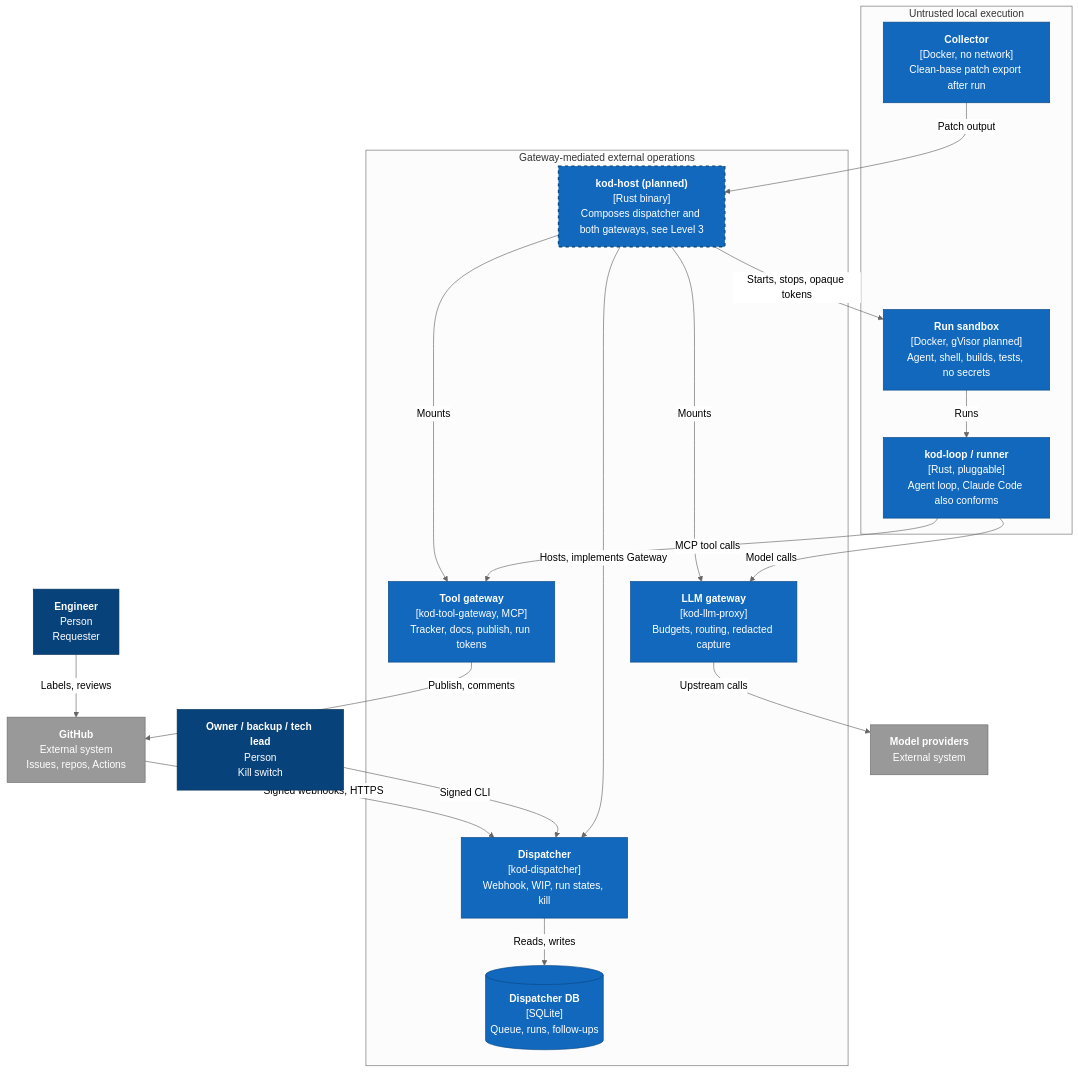
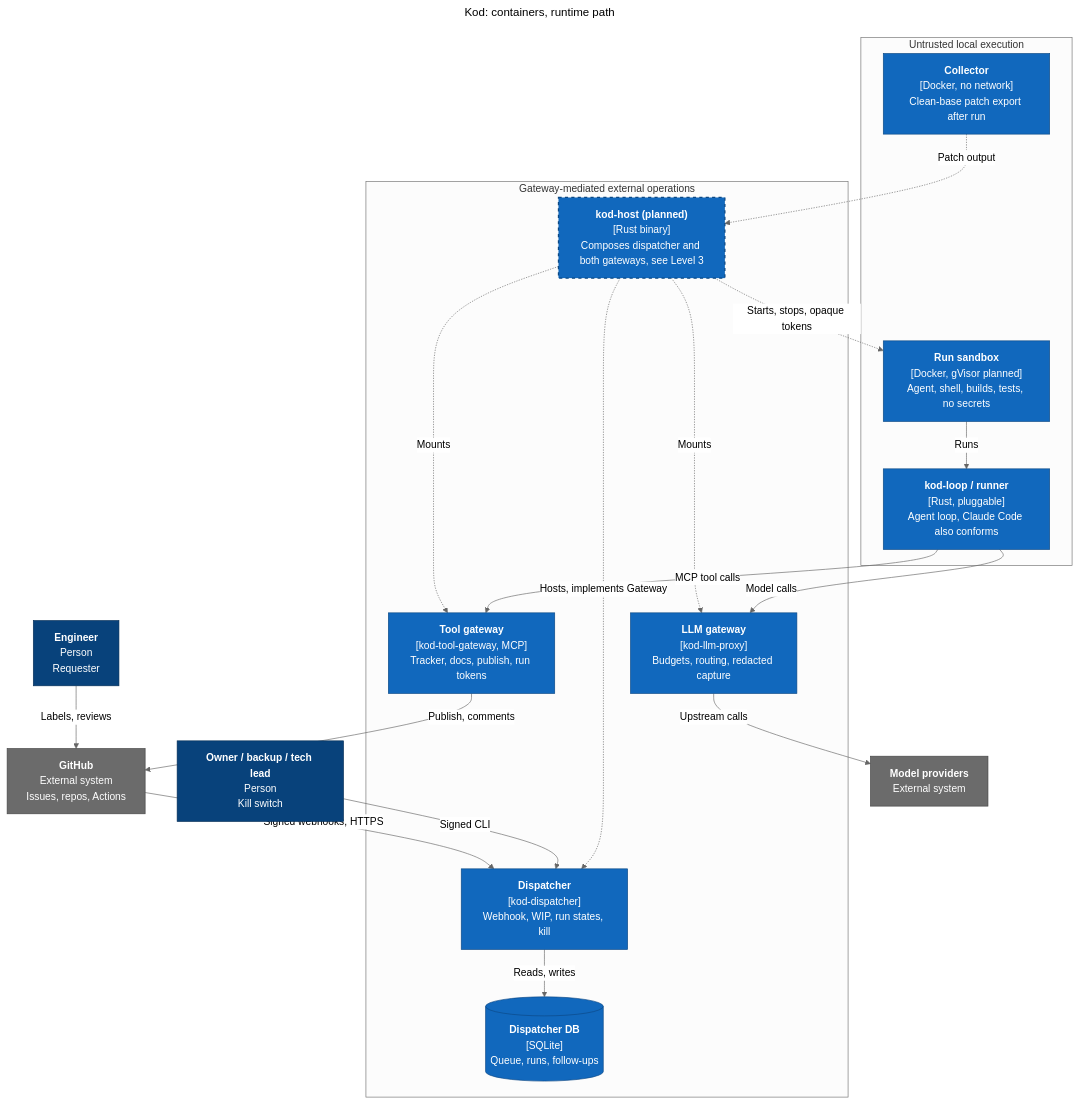
The second of 4 diagrams in docs/architecture.md (kiennt23/kod), drawn with Mermaid (neutral theme) before and after one commit. The commit also changed other lines of this file and 1 other file, not shown here.

Commit message:
docs: fix C4 diagram review findings (zones, labels, titles, planned edges, contrast)

````diff
--- a/docs/architecture.md
+++ b/docs/architecture.md
@@ -50,47 +51,49 @@
 ```mermaid
+---
+title: "Kod: containers, runtime path"
+---
 flowchart TB
   eng["<b>Engineer</b><br/>Person<br/>Requester"]
   kill["<b>Owner / backup / tech lead</b><br/>Person<br/>Kill switch"]
   gh["<b>GitHub</b><br/>External system<br/>Issues, repos, Actions"]
   llm["<b>Model providers</b><br/>External system"]
 
   subgraph untrusted["Untrusted local execution"]
     sandbox["<b>Run sandbox</b><br/>[Docker, gVisor planned]<br/>Agent, shell, builds, tests, no secrets"]
     runner["<b>kod-loop / runner</b><br/>[Rust, pluggable]<br/>Agent loop, Claude Code also conforms"]
     collector["<b>Collector</b><br/>[Docker, no network]<br/>Clean-base patch export after run"]
   end
 
   subgraph gw["Gateway-mediated external operations"]
     host["<b>kod-host (planned)</b><br/>[Rust binary]<br/>Composes dispatcher and both gateways, see Level 3"]
     toolgw["<b>Tool gateway</b><br/>[kod-tool-gateway, MCP]<br/>Tracker, docs, publish, run tokens"]
     llmgw["<b>LLM gateway</b><br/>[kod-llm-proxy]<br/>Budgets, routing, redacted capture"]
     disp["<b>Dispatcher</b><br/>[kod-dispatcher]<br/>Webhook, WIP, run states, kill"]
     dispdb[("<b>Dispatcher DB</b><br/>[SQLite]<br/>Queue, runs, follow-ups")]
   end
 
   gh -->|"Signed webhooks, HTTPS"| disp
   eng -->|"Labels, reviews"| gh
   kill -->|"Signed CLI"| disp
   disp -->|"Reads, writes"| dispdb
-  host -->|"Hosts, implements Gateway"| disp
-  host -->|"Mounts"| toolgw
-  host -->|"Mounts"| llmgw
-  host -->|"Starts, stops, opaque tokens"| sandbox
+  host -.->|"Hosts, implements Gateway"| disp
+  host -.->|"Mounts"| toolgw
+  host -.->|"Mounts"| llmgw
+  host -.->|"Starts, stops, opaque tokens"| sandbox
   sandbox -->|"Runs"| runner
   runner -->|"MCP tool calls"| toolgw
   runner -->|"Model calls"| llmgw
-  collector -->|"Patch output"| host
+  collector -.->|"Patch output"| host
   toolgw -->|"Publish, comments"| gh
   llmgw -->|"Upstream calls"| llm
   classDef person fill:#08427b,stroke:#052e56,color:#fff
   classDef internal fill:#1168bd,stroke:#0b4884,color:#fff
-  classDef component fill:#85bbf0,stroke:#5d82a8,color:#000
   classDef db fill:#1168bd,stroke:#0b4884,color:#fff
-  classDef ext fill:#999,stroke:#6b6b6b,color:#fff
+  classDef ext fill:#6b6b6b,stroke:#444,color:#fff
   classDef planned stroke-dasharray:5 5,stroke-width:2px
   class eng,kill person
   class sandbox,runner,collector,host,toolgw,llmgw,disp internal
   class dispdb db
   class gh,llm ext
   class host planned
 ```
````
